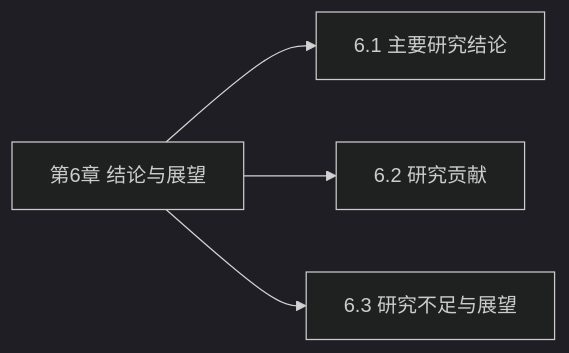
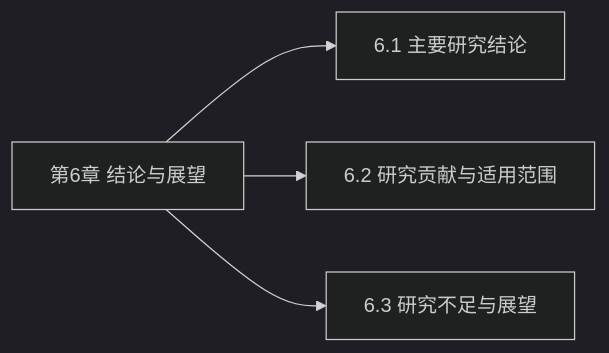
Before and after one commit to WYLINX601/Linx_paper: the diagram in 论文章节/章节导航/06-结论.md, drawn with Mermaid (dark theme). The commit also changed other lines of this file and 205 other files, not shown here.

Commit message:
Update research outline, framework diagrams and fieldwork materials

````diff
--- a/论文章节/章节导航/06-结论.md
+++ b/论文章节/章节导航/06-结论.md
@@ -63,10 +63,10 @@
 ```mermaid
 flowchart LR
   chapter-6["第6章 结论与展望"]
   section-6-1["6.1 主要研究结论"]
   chapter-6 --> section-6-1
-  section-6-2["6.2 研究贡献"]
+  section-6-2["6.2 研究贡献与适用范围"]
   chapter-6 --> section-6-2
   section-6-3["6.3 研究不足与展望"]
   chapter-6 --> section-6-3
 ```
````
